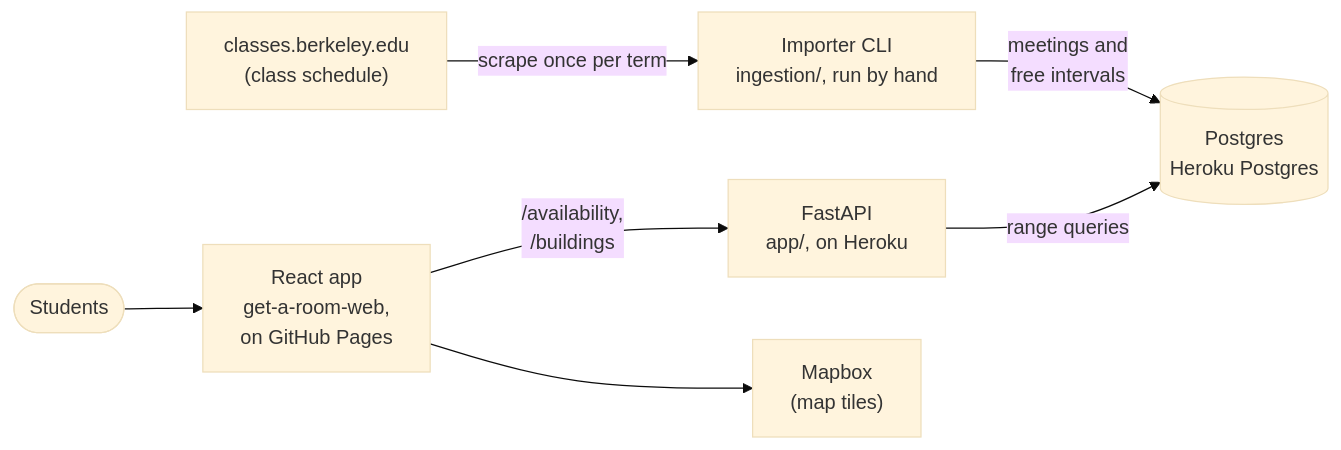
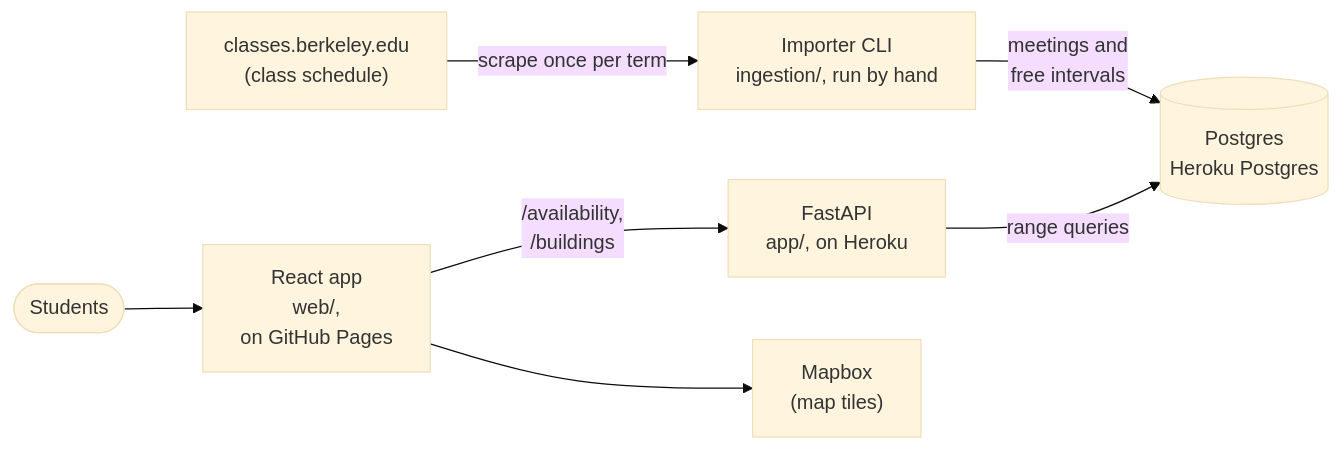
One commit to lewisyang3/get-a-room changed the diagram in api/docs/design.md. Above: the diagram before and after it, drawn with Mermaid (base theme). The commit also changed other lines of this file and 11 other files, not shown here.

````diff
--- a/api/docs/design.md
+++ b/api/docs/design.md
@@ -48,17 +48,17 @@
 ```mermaid
 flowchart LR
     berkeley["classes.berkeley.edu<br/>(class schedule)"]
     importer["Importer CLI<br/>ingestion/, run by hand"]
     db[("Postgres<br/>Heroku Postgres")]
     api["FastAPI<br/>app/, on Heroku"]
-    web["React app<br/>get-a-room-web,<br/>on GitHub Pages"]
+    web["React app<br/>web/,<br/>on GitHub Pages"]
     mapbox["Mapbox<br/>(map tiles)"]
     students(["Students"])
 
     berkeley -- "scrape once per term" --> importer
     importer -- "meetings and<br/>free intervals" --> db
     api -- "range queries" --> db
     web -- "/availability,<br/>/buildings" --> api
     web --> mapbox
     students --> web
 ```
````
